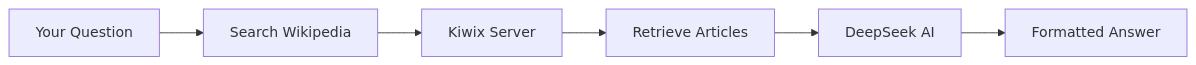
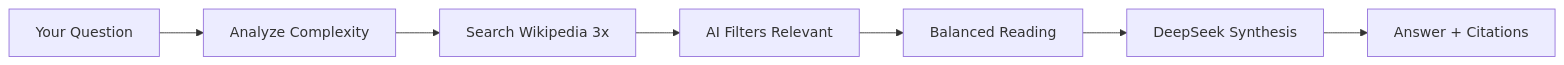
One commit to macromeer/offline-wikipedia-rag changed the diagram in README.md. Above: the diagram before and after it, drawn with Mermaid. The commit also changed other lines of this file, not shown here.

First line of the commit message:
Update README: highlight AI selection and balanced reading

````diff
--- a/README.md
+++ b/README.md
@@ -152,8 +187,9 @@
 ```mermaid
 graph LR
-    A[Your Question] --> B[Search Wikipedia]
-    B --> C[Kiwix Server]
-    C --> D[Retrieve Articles]
-    D --> E[DeepSeek AI]
-    E --> F[Formatted Answer]
+    A[Your Question] --> B[Analyze Complexity]
+    B --> C[Search Wikipedia 3x]
+    C --> D[AI Filters Relevant]
+    D --> E[Balanced Reading]
+    E --> F[DeepSeek Synthesis]
+    F --> G[Answer + Citations]
 ```
````
